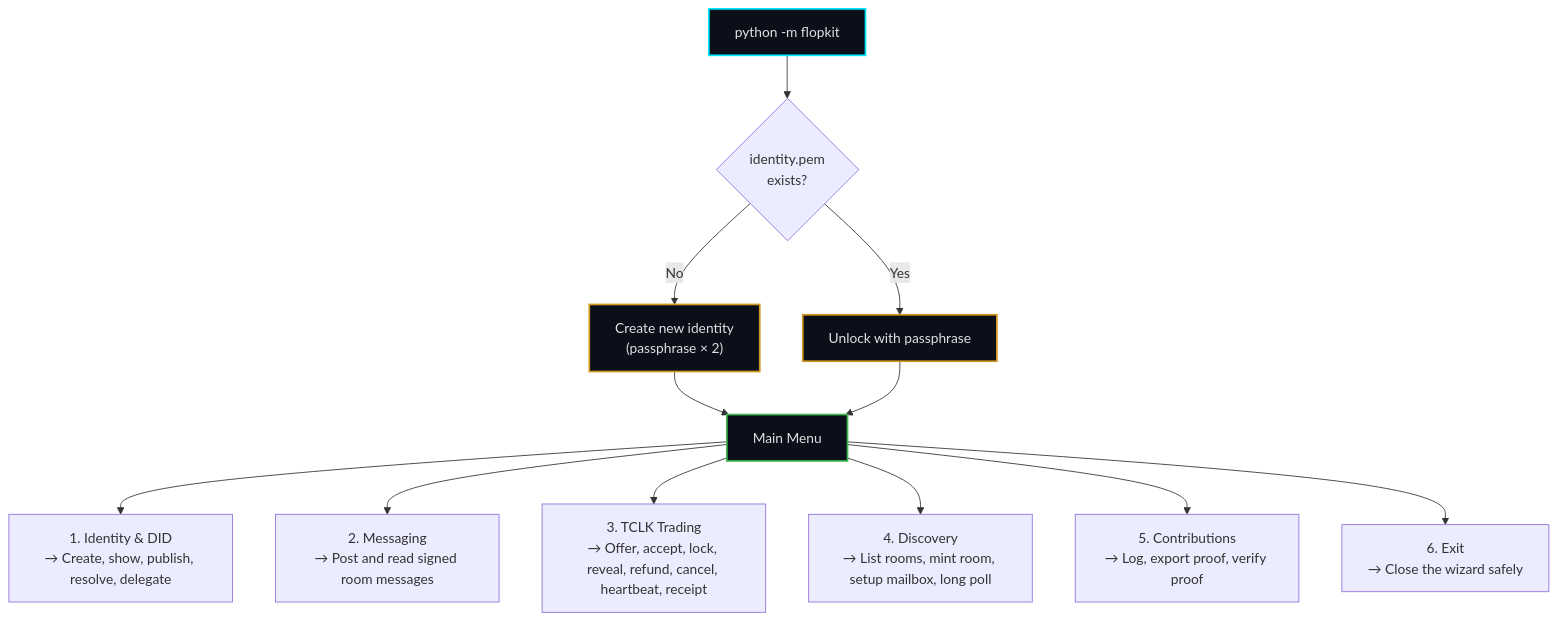
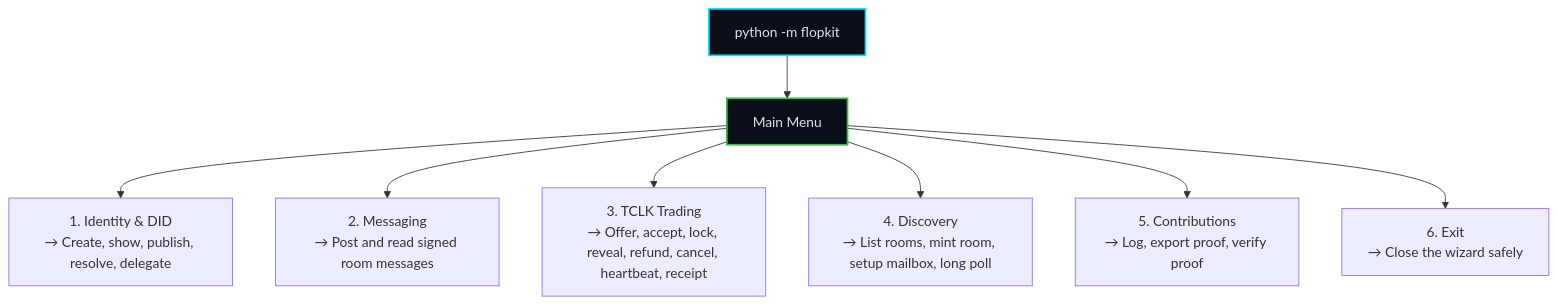
The third of 3 diagrams in README.md (0o0r7/flopkit-sdk), drawn with Mermaid before and after one commit. The commit also changed other lines of this file and 16 other files, not shown here.

````diff
--- a/README.md
+++ b/README.md
@@ -241,20 +250,13 @@
 ```mermaid
 flowchart TD
-    W["python -m flopkit"] --> Check{"identity.pem<br/>exists?"}
-    Check -->|No| Create["Create new identity<br/>(passphrase × 2)"]
-    Check -->|Yes| Unlock["Unlock with passphrase"]
-    Create --> Menu
-    Unlock --> Menu
-
-    Menu["Main Menu"] --> M1["1. Identity & DID<br/>→ Create, show, publish, resolve, delegate"]
+    W["python -m flopkit"] --> Menu["Main Menu"]
+    Menu --> M1["1. Identity & DID<br/>→ Create, show, publish, resolve, delegate"]
     Menu --> M2["2. Messaging<br/>→ Post and read signed room messages"]
     Menu --> M3["3. TCLK Trading<br/>→ Offer, accept, lock, reveal, refund, cancel, heartbeat, receipt"]
     Menu --> M4["4. Discovery<br/>→ List rooms, mint room, setup mailbox, long poll"]
     Menu --> M5["5. Contributions<br/>→ Log, export proof, verify proof"]
     Menu --> M6["6. Exit<br/>→ Close the wizard safely"]
 
     style W fill:#0a0f1a,stroke:#00e5ff,stroke-width:2px,color:#e0e0e0
     style Menu fill:#0a0f1a,stroke:#3fb950,stroke-width:2px,color:#e0e0e0
-    style Create fill:#0a0f1a,stroke:#d29922,stroke-width:2px,color:#e0e0e0
-    style Unlock fill:#0a0f1a,stroke:#d29922,stroke-width:2px,color:#e0e0e0
 ```
````
